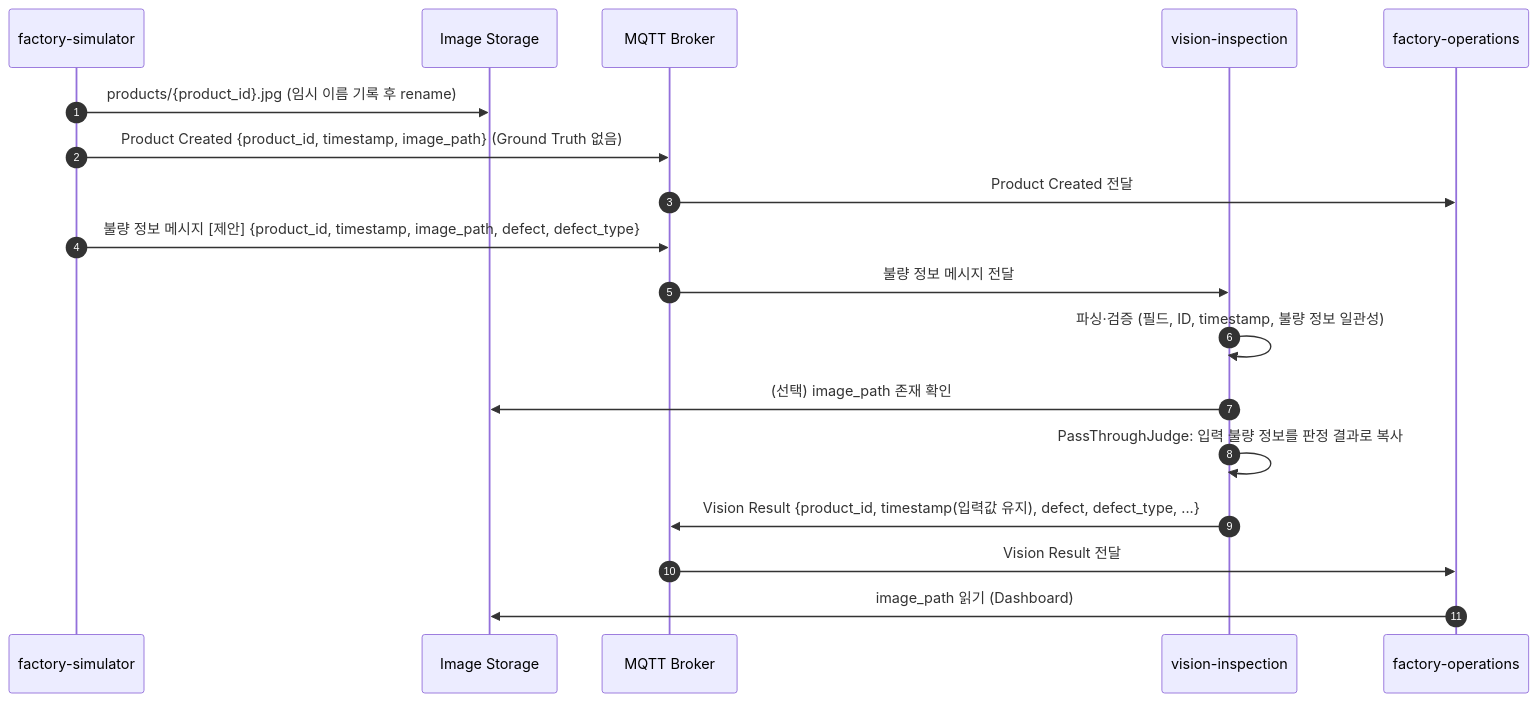
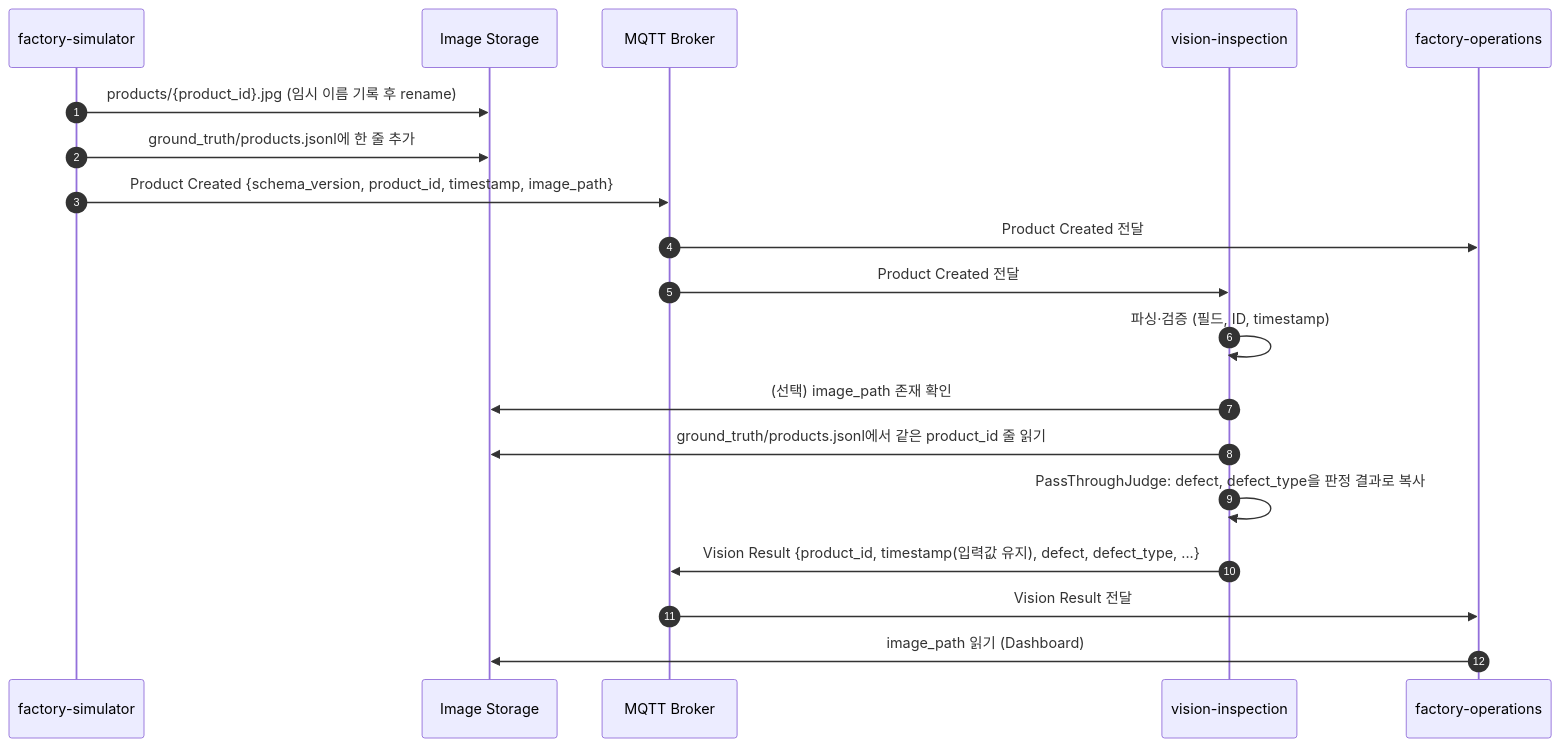
The third of 3 diagrams in docs/ARCHITECTURE.md (dltndn-personal-project/smart-factory-vision-inspection), drawn with Mermaid before and after one commit. The commit also changed other lines of this file and 1 other file, not shown here.

First line of the commit message:
docs: D-6 재결정 (Ground Truth 파일 읽기) 반영과 Shared PR #6 게시 기록

````diff
--- a/docs/ARCHITECTURE.md
+++ b/docs/ARCHITECTURE.md
@@ -181,21 +185,22 @@
 ```mermaid
 sequenceDiagram
     autonumber
     participant SIM as factory-simulator
     participant FS as Image Storage
     participant MQ as MQTT Broker
     participant V as vision-inspection
     participant OPS as factory-operations
 
     SIM->>FS: products/{product_id}.jpg (임시 이름 기록 후 rename)
-    SIM->>MQ: Product Created {product_id, timestamp, image_path} (Ground Truth 없음)
+    SIM->>FS: ground_truth/products.jsonl에 한 줄 추가
+    SIM->>MQ: Product Created {schema_version, product_id, timestamp, image_path}
     MQ->>OPS: Product Created 전달
-    SIM->>MQ: 불량 정보 메시지 [제안] {product_id, timestamp, image_path, defect, defect_type}
-    MQ->>V: 불량 정보 메시지 전달
-    V->>V: 파싱·검증 (필드, ID, timestamp, 불량 정보 일관성)
+    MQ->>V: Product Created 전달
+    V->>V: 파싱·검증 (필드, ID, timestamp)
     V->>FS: (선택) image_path 존재 확인
-    V->>V: PassThroughJudge: 입력 불량 정보를 판정 결과로 복사
+    V->>FS: ground_truth/products.jsonl에서 같은 product_id 줄 읽기
+    V->>V: PassThroughJudge: defect, defect_type을 판정 결과로 복사
     V->>MQ: Vision Result {product_id, timestamp(입력값 유지), defect, defect_type, ...}
     MQ->>OPS: Vision Result 전달
     OPS->>FS: image_path 읽기 (Dashboard)
 ```
````
